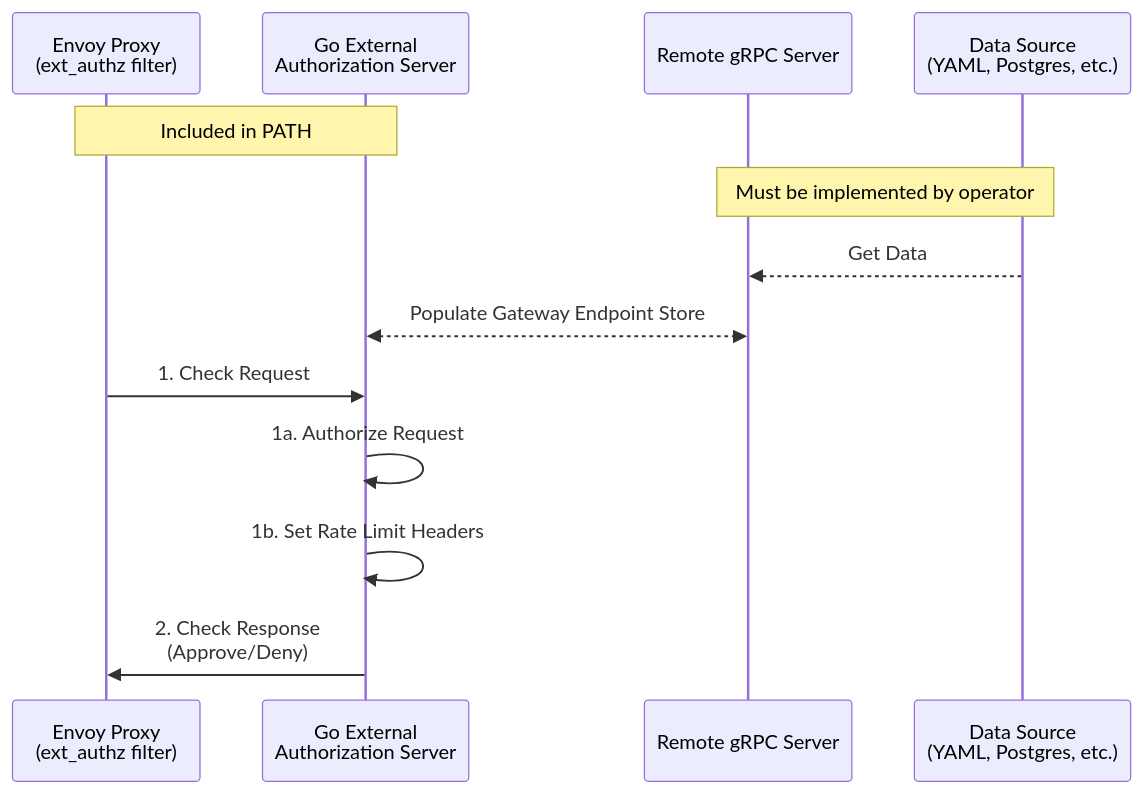
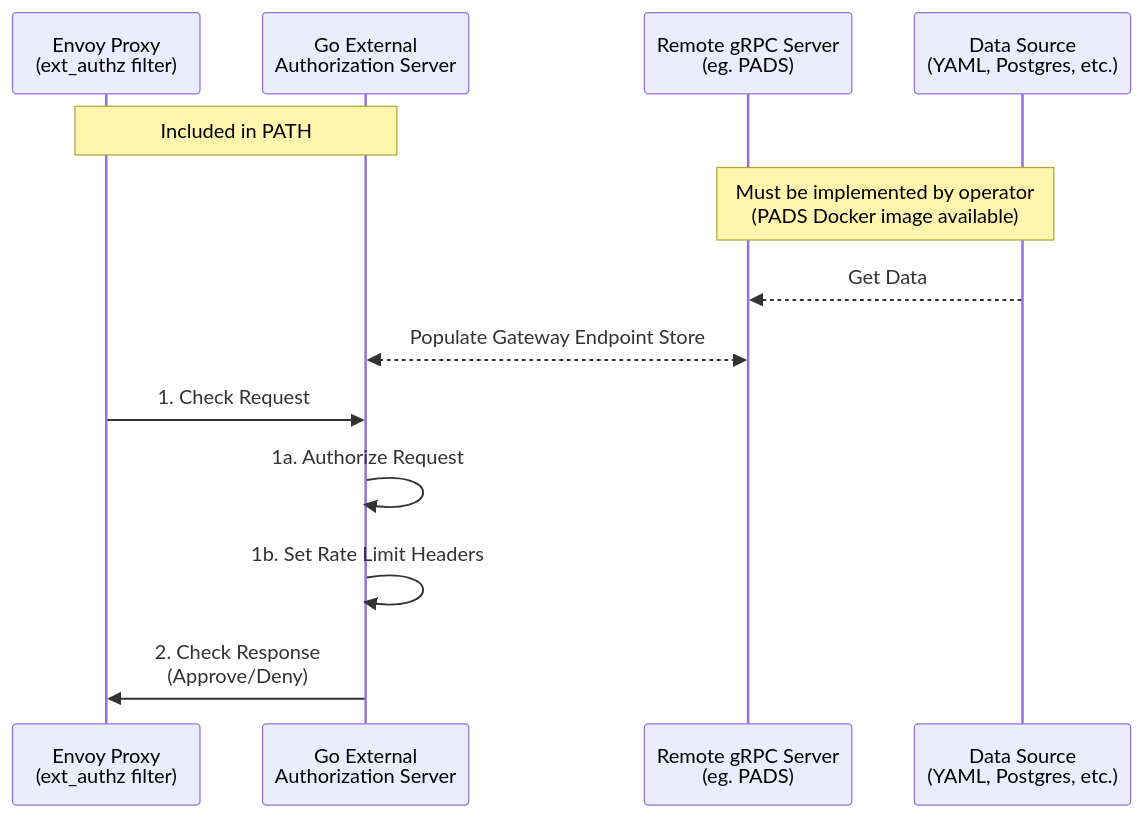
One commit to buildwithgrove/path changed the third of 3 diagrams in envoy/README.md. Above: the diagram before and after it, drawn with Mermaid. The commit also changed other lines of this file and 10 other files, not shown here.

````diff
--- a/envoy/README.md
+++ b/envoy/README.md
@@ -247,20 +254,20 @@
 ```mermaid
 sequenceDiagram
     participant EnvoyProxy as Envoy Proxy<br>(ext_authz filter)
     participant GoAuthServer as Go External<br>Authorization Server
-    participant RemoteGRPC as Remote gRPC Server
+    participant RemoteGRPC as Remote gRPC Server<br>(eg. PADS)
     participant DataSource as Data Source<br>(YAML, Postgres, etc.)
 
     %% Grouping "Included in PATH"
     Note over EnvoyProxy, GoAuthServer: Included in PATH
 
     %% Grouping "Must be implemented by operator"
-    Note over RemoteGRPC, DataSource: Must be implemented by operator
+    Note over RemoteGRPC, DataSource: Must be implemented by operator<br>(PADS Docker image available)
 
     DataSource-->>RemoteGRPC: Get Data
     RemoteGRPC<<-->>GoAuthServer: Populate Gateway Endpoint Store
     EnvoyProxy->>GoAuthServer: 1. Check Request
     GoAuthServer->>GoAuthServer: 1a. Authorize Request
     GoAuthServer->>GoAuthServer: 1b. Set Rate Limit Headers
     GoAuthServer->>EnvoyProxy: 2. Check Response<br>(Approve/Deny)
 ```
````
